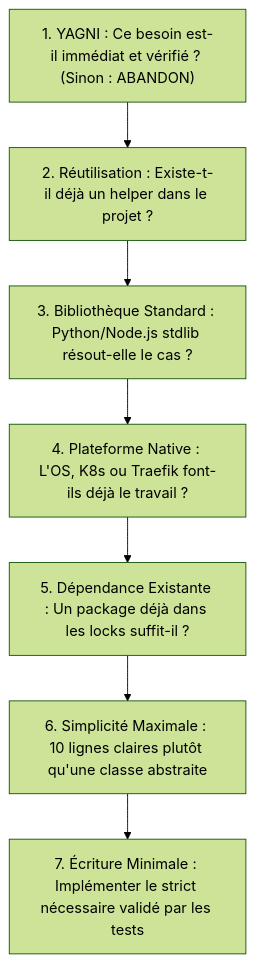
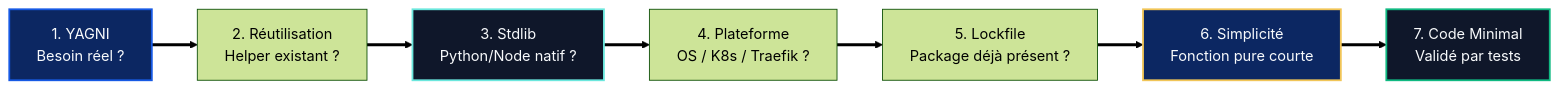
One commit to nicolastheuil/ArcIA changed the diagram in skills/ponytail/README.md. Above: the diagram before and after it, drawn with Mermaid (forest theme). The commit also changed other lines of this file and 24 other files, not shown here.

Commit message:
feat(v0.4): add zero-downtime update center & homepage presentation in wizard, simplify root macro-architecture diagram, and polish all 22 READMEs

````diff
--- a/skills/ponytail/README.md
+++ b/skills/ponytail/README.md
@@ -33,9 +29,14 @@
 ```mermaid
-flowchart TD
-    E1["1. YAGNI : Ce besoin est-il immédiat et vérifié ? (Sinon : ABANDON)"] --> E2["2. Réutilisation : Existe-t-il déjà un helper dans le projet ?"]
-    E2 --> E3["3. Bibliothèque Standard : Python/Node.js stdlib résout-elle le cas ?"]
-    E3 --> E4["4. Plateforme Native : L'OS, K8s ou Traefik font-ils déjà le travail ?"]
-    E4 --> E5["5. Dépendance Existante : Un package déjà dans les locks suffit-il ?"]
-    E5 --> E6["6. Simplicité Maximale : 10 lignes claires plutôt qu'une classe abstraite"]
-    E6 --> E7["7. Écriture Minimale : Implémenter le strict nécessaire validé par les tests"]
+flowchart LR
+    E1["1. YAGNI<br/>Besoin réel ?"] ==> E2["2. Réutilisation<br/>Helper existant ?"]
+    E2 ==> E3["3. Stdlib<br/>Python/Node natif ?"]
+    E3 ==> E4["4. Plateforme<br/>OS / K8s / Traefik ?"]
+    E4 ==> E5["5. Lockfile<br/>Package déjà présent ?"]
+    E5 ==> E6["6. Simplicité<br/>Fonction pure courte"]
+    E6 ==> E7["7. Code Minimal<br/>Validé par tests"]
+
+    style E1 fill:#0C2762,stroke:#1659E4,stroke-width:2px,color:#F8FAFC
+    style E3 fill:#0F172A,stroke:#6BE7DD,stroke-width:2px,color:#F8FAFC
+    style E6 fill:#0C2762,stroke:#F1C557,stroke-width:2px,color:#F8FAFC
+    style E7 fill:#0F172A,stroke:#10B981,stroke-width:2px,color:#F8FAFC
 ```
````
